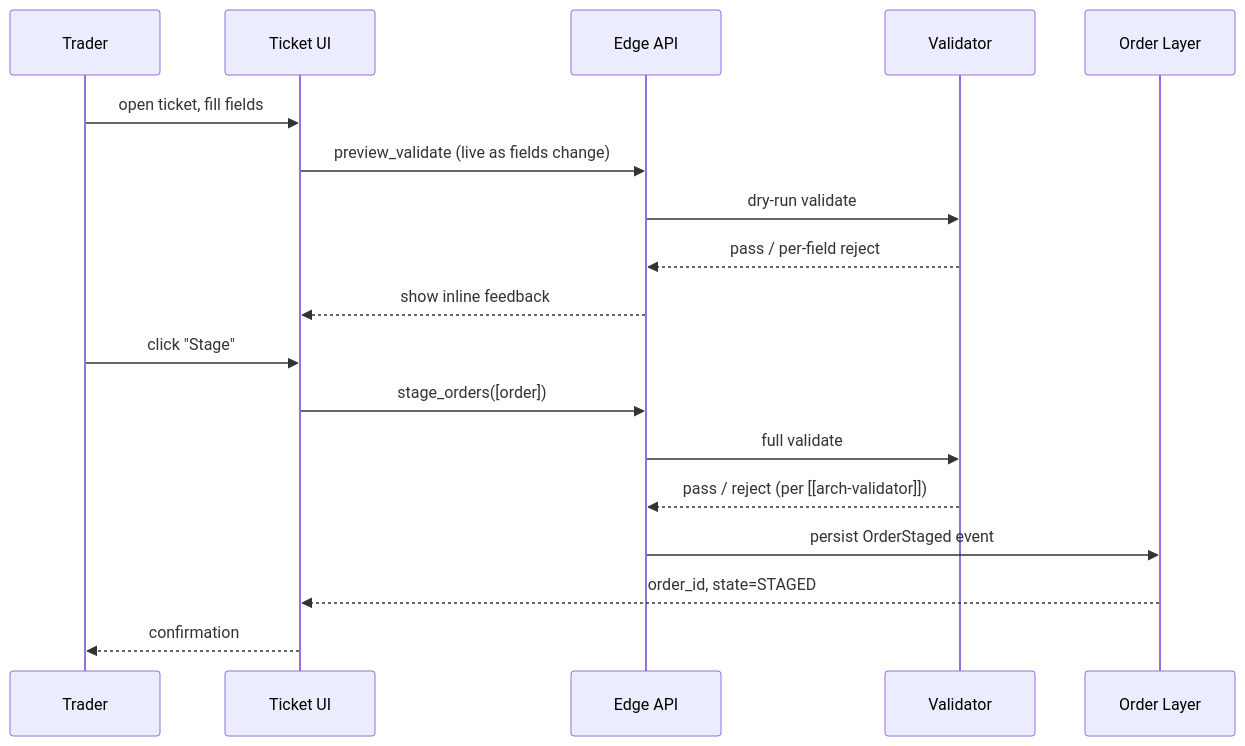
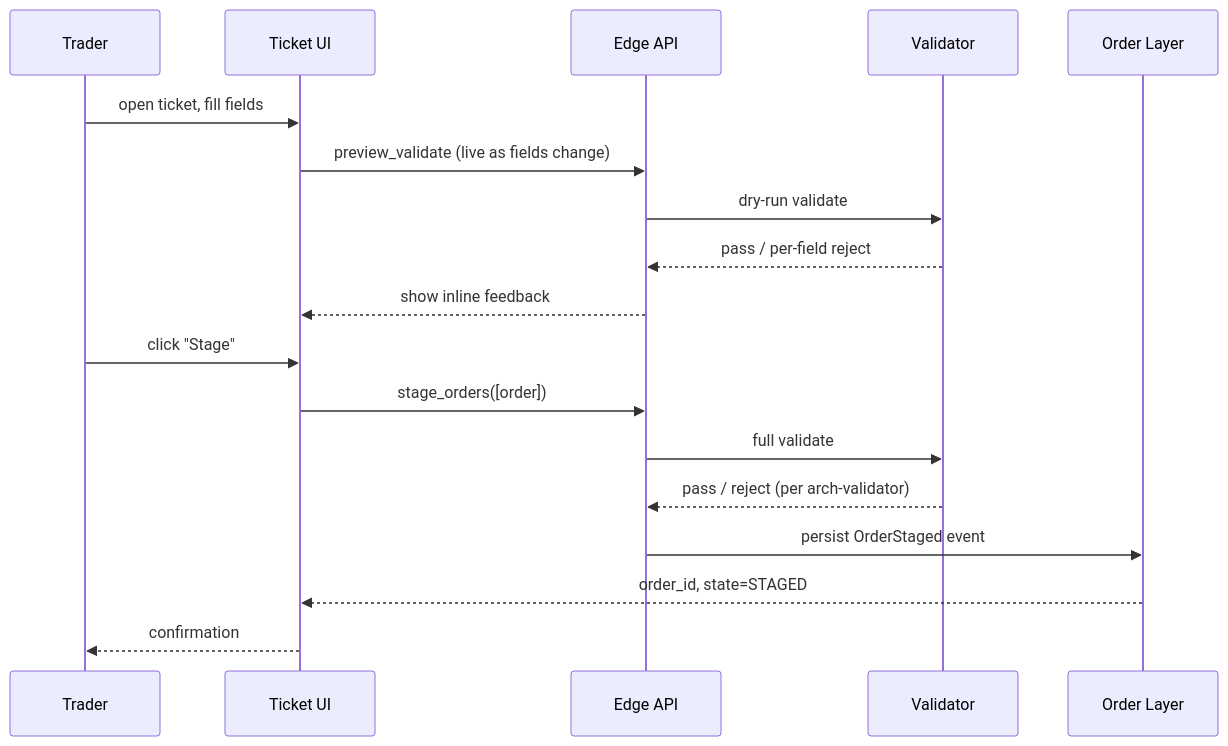
Before and after one commit to yksi7417/cross_asset_ems: the diagram in 20_workflows/staging/staging-via-ticket.md, drawn with Mermaid. The commit also changed 39 other files, not shown here.

First line of the commit message:
fix: strip Obsidian wikilinks from Mermaid blocks (Quartz render bug)

````diff
--- a/20_workflows/staging/staging-via-ticket.md
+++ b/20_workflows/staging/staging-via-ticket.md
@@ -33,21 +33,21 @@
 ```mermaid
 sequenceDiagram
   participant T as Trader
   participant UI as Ticket UI
   participant API as Edge API
   participant V as Validator
   participant O as Order Layer
 
   T->>UI: open ticket, fill fields
   UI->>API: preview_validate (live as fields change)
   API->>V: dry-run validate
   V-->>API: pass / per-field reject
   API-->>UI: show inline feedback
   T->>UI: click "Stage"
   UI->>API: stage_orders([order])
   API->>V: full validate
-  V-->>API: pass / reject (per [[arch-validator]])
+  V-->>API: pass / reject (per arch-validator)
   API->>O: persist OrderStaged event
   O-->>UI: order_id, state=STAGED
   UI-->>T: confirmation
 ```
````
